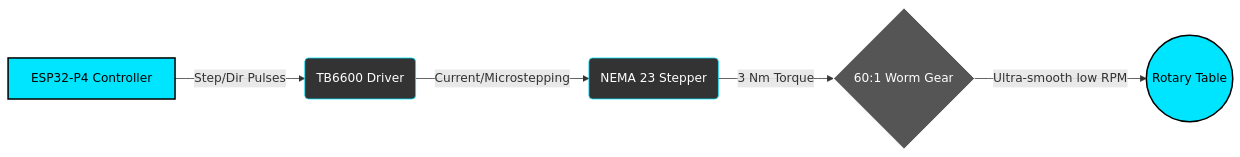
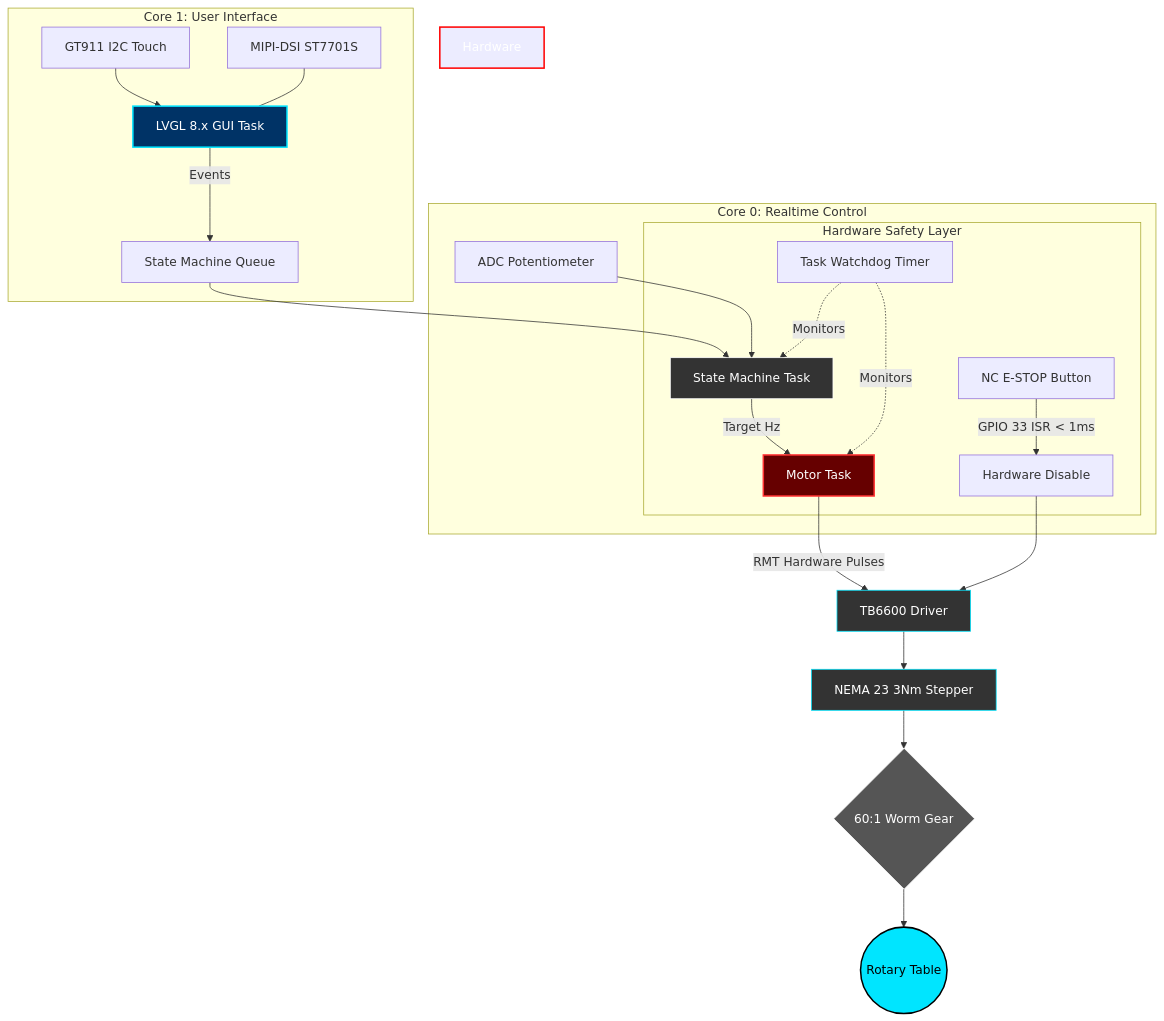
The diagram in README.md (catorendal-a11y/DIY-Welding-Positioner-ESP32-P4), drawn with Mermaid before and after one commit. The commit also changed other lines of this file, not shown here.

Commit message:
docs: upgrade System Overview with precise RTOS architecture diagram

````diff
--- a/README.md
+++ b/README.md
@@ -78,13 +80,35 @@
 ```mermaid
-graph LR
-    A[ESP32-P4 Controller] -->|Step/Dir Pulses| B(TB6600 Driver)
-    B -->|Current/Microstepping| C(NEMA 23 Stepper)
-    C -->|3 Nm Torque| D{60:1 Worm Gear}
-    D -->|Ultra-smooth low RPM| E((Rotary Table))
-    
-    style A fill:#00E5FF,stroke:#000,stroke-width:2px,color:#000
-    style B fill:#333,stroke:#00E5FF,stroke-width:1px,color:#fff
-    style C fill:#333,stroke:#00E5FF,stroke-width:1px,color:#fff
-    style D fill:#555,stroke:#fff,stroke-width:1px,color:#fff
-    style E fill:#00E5FF,stroke:#000,stroke-width:2px,color:#000
+graph TD
+    subgraph Core 1: User Interface
+        UI[LVGL 8.x GUI Task] -->|Events| Q[State Machine Queue]
+        Touch[GT911 I2C Touch] --> UI
+        Disp[MIPI-DSI ST7701S] --- UI
+    end
+
+    subgraph Core 0: Realtime Control
+        SM[State Machine Task] -->|Target Hz| Motor[Motor Task]
+        Q --> SM
+        Pot[ADC Potentiometer] --> SM
+        
+        subgraph Hardware Safety Layer
+            ESTOP[NC E-STOP Button] -->|GPIO 33 ISR < 1ms| ENA[Hardware Disable]
+            WDT[Task Watchdog Timer] -.->|Monitors| SM
+            WDT -.->|Monitors| Motor
+        end
+    end
+
+    Motor -->|RMT Hardware Pulses| TB[TB6600 Driver]
+    ENA --> TB
+    TB --> N23[NEMA 23 3Nm Stepper]
+    N23 --> GEAR{60:1 Worm Gear}
+    GEAR --> TABLE((Rotary Table))
+
+    style UI fill:#003366,stroke:#00E5FF,stroke-width:2px,color:#fff
+    style Motor fill:#660000,stroke:#FF3333,stroke-width:2px,color:#fff
+    style SM fill:#333333,stroke:#fff,stroke-width:1px,color:#fff
+    style Hardware Safety Layer fill:#1a0000,stroke:#FF0000,stroke-width:2px,color:#fff
+    style TB fill:#333,stroke:#00E5FF,stroke-width:1px,color:#fff
+    style N23 fill:#333,stroke:#00E5FF,stroke-width:1px,color:#fff
+    style GEAR fill:#555,stroke:#fff,stroke-width:1px,color:#fff
+    style TABLE fill:#00E5FF,stroke:#000,stroke-width:2px,color:#000
 ```
````
